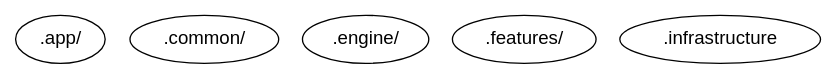
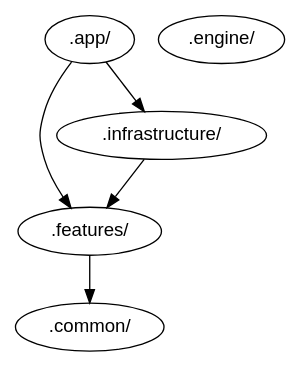
The diagram in docs/architecture/rings.dot (squliyev/bio-claim-check), drawn with Graphviz before and after one commit. The commit also changed 38 other files, not shown here.

```diff
--- a/docs/architecture/rings.dot
+++ b/docs/architecture/rings.dot
@@ -1,8 +1,12 @@
 digraph {
     node [fontname=helvetica]
     ".app" [label=".app/"]
     ".common" [label=".common/"]
     ".engine" [label=".engine/"]
     ".features" [label=".features/"]
-    ".infrastructure"
+    ".infrastructure" [label=".infrastructure/"]
+    ".app" ->  ".features"
+    ".app" ->  ".infrastructure"
+    ".features" ->  ".common"
+    ".infrastructure" ->  ".features"
 }
```
